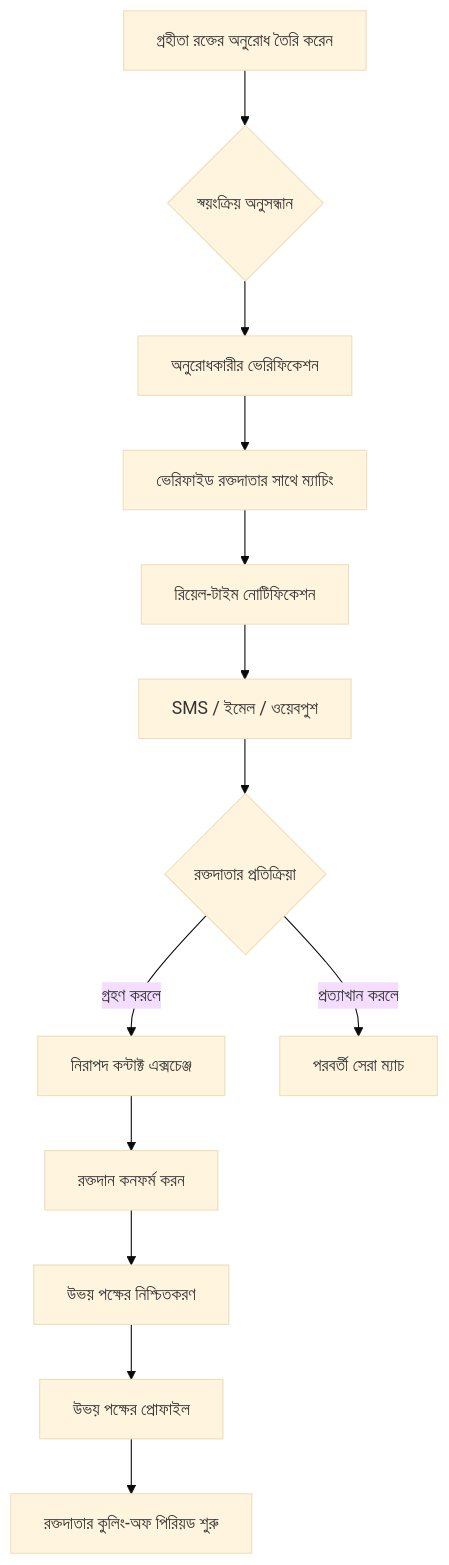
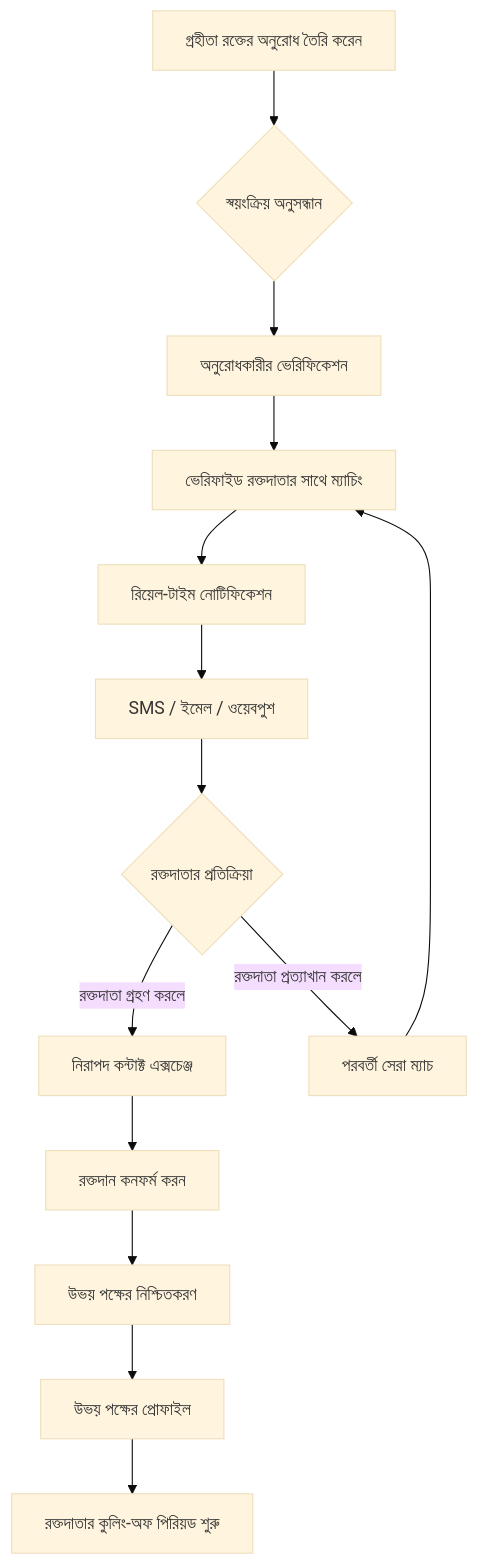
The diagram in README.bn.md (sharf-shawon/project_rokto), drawn with Mermaid (base theme) before and after one commit. The commit also changed 1 other file, not shown here.

````diff
--- a/README.bn.md
+++ b/README.bn.md
@@ -62,15 +62,15 @@
 ```mermaid
 graph TD
     A[গ্রহীতা রক্তের অনুরোধ তৈরি করেন] --> B{স্বয়ংক্রিয় অনুসন্ধান}
     B --> V[অনুরোধকারীর ভেরিফিকেশন]
     V --> C[ভেরিফাইড রক্তদাতার সাথে ম্যাচিং]
     C --> D[রিয়েল-টাইম নোটিফিকেশন]
     D --> E[SMS / ইমেল / ওয়েবপুশ]
     E --> F{রক্তদাতার প্রতিক্রিয়া}
-    F -- গ্রহণ করলে --> G[নিরাপদ কন্টাক্ট এক্সচেঞ্জ]
-    F -- প্রত্যাখান করলে --> H[পরবর্তী সেরা ম্যাচ]
+    F -- রক্তদাতা গ্রহণ করলে --> G[নিরাপদ কন্টাক্ট এক্সচেঞ্জ]
+    F -- রক্তদাতা প্রত্যাখান করলে --> H[পরবর্তী সেরা ম্যাচ] --> C
     G --> I[রক্তদান কনফর্ম করন]
     I --> J[উভয় পক্ষের নিশ্চিতকরণ]
     J --> K[উভয় পক্ষের প্রোফাইল]
     K --> L[রক্তদাতার কুলিং-অফ পিরিয়ড শুরু]
 ```
````
